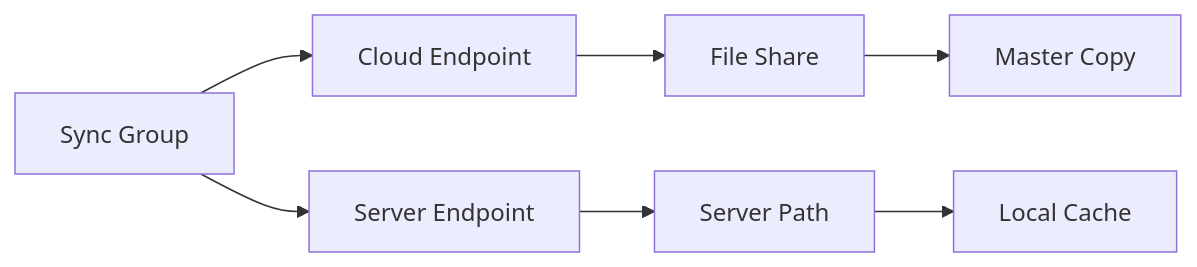
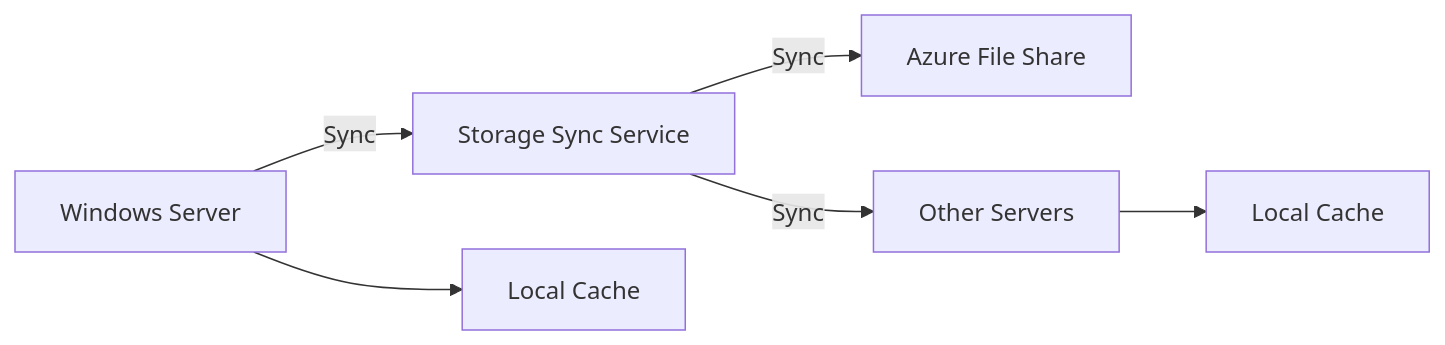
The second of 16 diagrams in src/azure/az-104/File_Sync.md (saravanakumarrc/Architecture_Journey), drawn with Mermaid before and after one commit. The commit also changed other lines of this file and 9 other files, not shown here.

Commit message:
Add comprehensive documentation for Azure services including Metric Charts, Azure Stack, Cloud-Init, Recovery Services Vault, Traffic Manager, and VNet Gateway with detailed diagrams and best practices.

````diff
--- a/src/azure/az-104/File_Sync.md
+++ b/src/azure/az-104/File_Sync.md
@@ -55,11 +28,9 @@
 ```mermaid
 graph LR
-    A[Sync Group] --> B[Cloud Endpoint]
-    A --> C[Server Endpoint]
+    A[Windows Server] -->|Sync| B[Storage Sync Service]
+    B -->|Sync| C[Azure File Share]
+    B -->|Sync| D[Other Servers]
     
-    B --> D[File Share]
-    C --> E[Server Path]
-    
-    D --> F[Master Copy]
-    E --> G[Local Cache]
+    A --> E[Local Cache]
+    D --> F[Local Cache]
 ```
````
